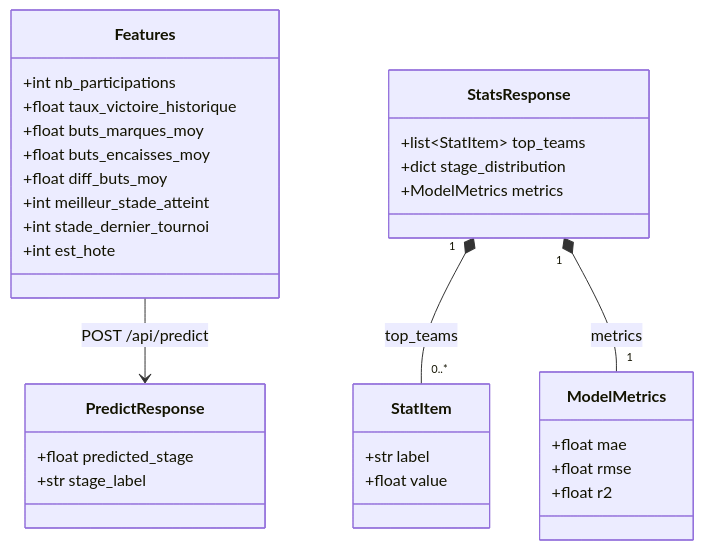
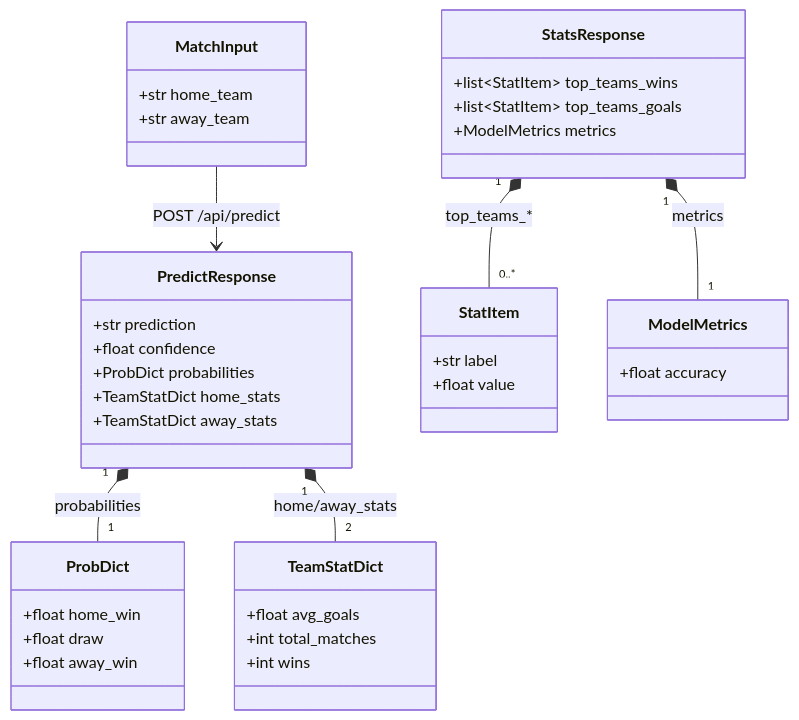
Before and after one commit to quentinete2/Data_ai_Foot_Quentin_Thibaud: the second of 3 diagrams in Ressources/2.spec/03_backend_api.md, drawn with Mermaid. The commit also changed other lines of this file and 11 other files, not shown here.

````diff
--- a/Ressources/2.spec/03_backend_api.md
+++ b/Ressources/2.spec/03_backend_api.md
@@ -120,39 +144,48 @@
 ```mermaid
 classDiagram
-    class Features {
-        +int nb_participations
-        +float taux_victoire_historique
-        +float buts_marques_moy
-        +float buts_encaisses_moy
-        +float diff_buts_moy
-        +int meilleur_stade_atteint
-        +int stade_dernier_tournoi
-        +int est_hote
+    class MatchInput {
+        +str home_team
+        +str away_team
     }
 
     class PredictResponse {
-        +float predicted_stage
-        +str stage_label
+        +str prediction
+        +float confidence
+        +ProbDict probabilities
+        +TeamStatDict home_stats
+        +TeamStatDict away_stats
+    }
+
+    class ProbDict {
+        +float home_win
+        +float draw
+        +float away_win
+    }
+
+    class TeamStatDict {
+        +float avg_goals
+        +int total_matches
+        +int wins
     }
 
     class StatsResponse {
-        +list~StatItem~ top_teams
-        +dict stage_distribution
+        +list~StatItem~ top_teams_wins
+        +list~StatItem~ top_teams_goals
         +ModelMetrics metrics
     }
 
     class StatItem {
         +str label
         +float value
     }
 
     class ModelMetrics {
-        +float mae
-        +float rmse
-        +float r2
+        +float accuracy
     }
 
-    Features --> PredictResponse : POST /api/predict
-    StatsResponse "1" *-- "0..*" StatItem : top_teams
+    MatchInput --> PredictResponse : POST /api/predict
+    PredictResponse "1" *-- "1" ProbDict : probabilities
+    PredictResponse "1" *-- "2" TeamStatDict : home/away_stats
+    StatsResponse "1" *-- "0..*" StatItem : top_teams_*
     StatsResponse "1" *-- "1" ModelMetrics : metrics
 ```
````
